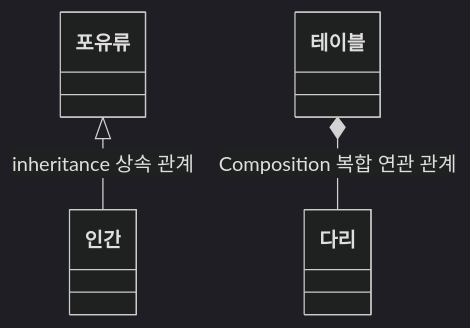
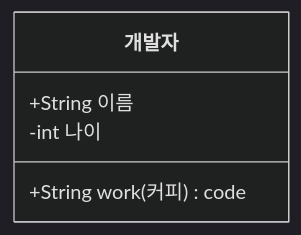
One commit to zerozoo-a/zerozoo-a.github.io changed the first of 5 diagrams in content/blog/정처기/UML-class-digram-2.md. Above: the diagram before and after it, drawn with Mermaid. The commit also changed other lines of this file and 1 other file, not shown here.

````diff
--- a/content/blog/정처기/UML-class-digram-2.md
+++ b/content/blog/정처기/UML-class-digram-2.md
@@ -19,6 +29,11 @@
 ```mermaid
 %%{init: {'theme':'dark'}}%%
+
 classDiagram
-포유류 <|-- 인간: inheritance 상속 관계
-테이블 *-- 다리: Composition 복합 연관 관계
+
+class 개발자 {
+    +String 이름
+    -int 나이
+    +String work(커피)code
+}
 ```
````
